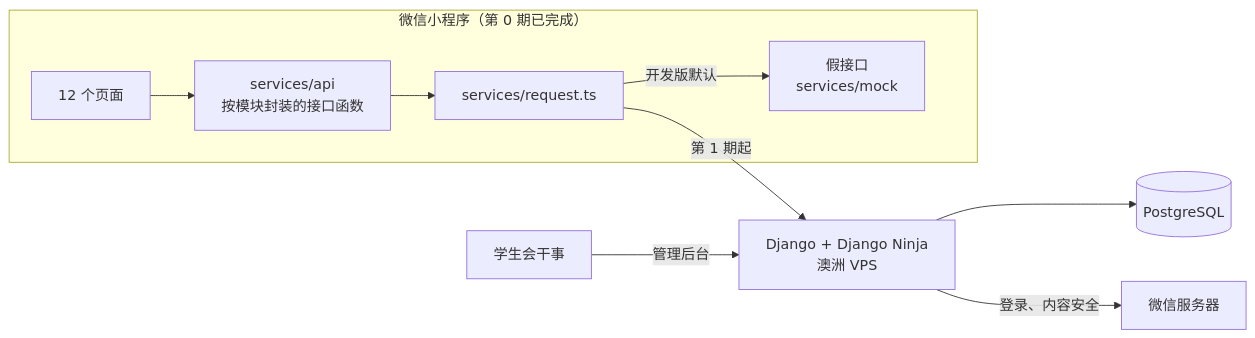
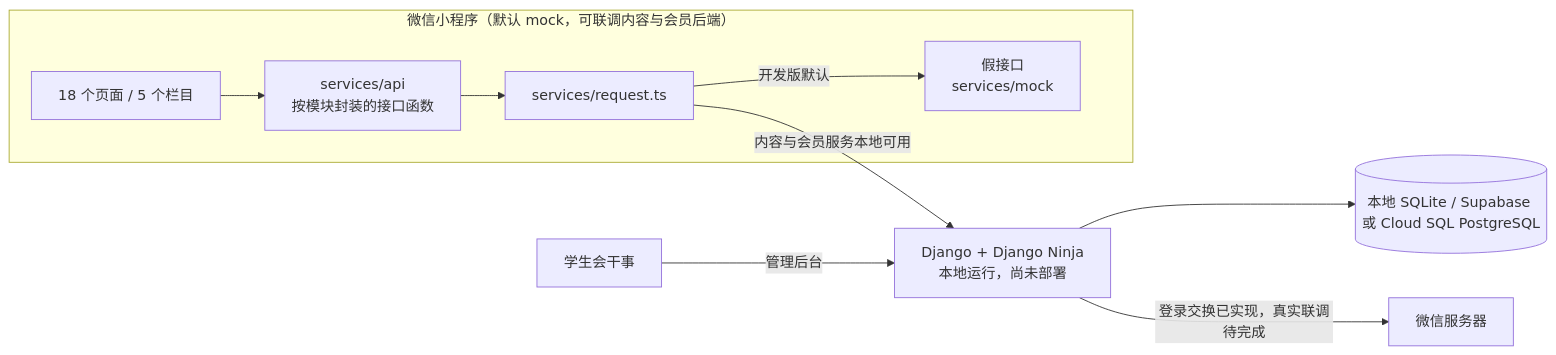
One commit to Jerry2003826/MonashStudentMiniprogram changed the diagram in README.md. Above: the diagram before and after it, drawn with Mermaid. The commit also changed other lines of this file and 288 other files, not shown here.

````diff
--- a/README.md
+++ b/README.md
@@ -111,12 +137,12 @@
 ```mermaid
 flowchart LR
-    subgraph MP["微信小程序（第 0 期已完成）"]
-        Pages["12 个页面"] --> Api["services/api<br/>按模块封装的接口函数"]
+    subgraph MP["微信小程序（默认 mock，可联调内容与会员后端）"]
+        Pages["18 个页面 / 5 个栏目"] --> Api["services/api<br/>按模块封装的接口函数"]
         Api --> Request["services/request.ts"]
         Request -->|"开发版默认"| Mock["假接口<br/>services/mock"]
     end
-    Request -->|"第 1 期起"| Django["Django + Django Ninja<br/>澳洲 VPS"]
-    Django --> DB[("PostgreSQL")]
+    Request -->|"内容与会员服务本地可用"| Django["Django + Django Ninja<br/>本地运行，尚未部署"]
+    Django --> DB[("本地 SQLite / Supabase 或 Cloud SQL PostgreSQL")]
     Staff["学生会干事"] -->|"管理后台"| Django
-    Django -->|"登录、内容安全"| WX["微信服务器"]
+    Django -->|"登录交换已实现，真实联调待完成"| WX["微信服务器"]
 ```
````
